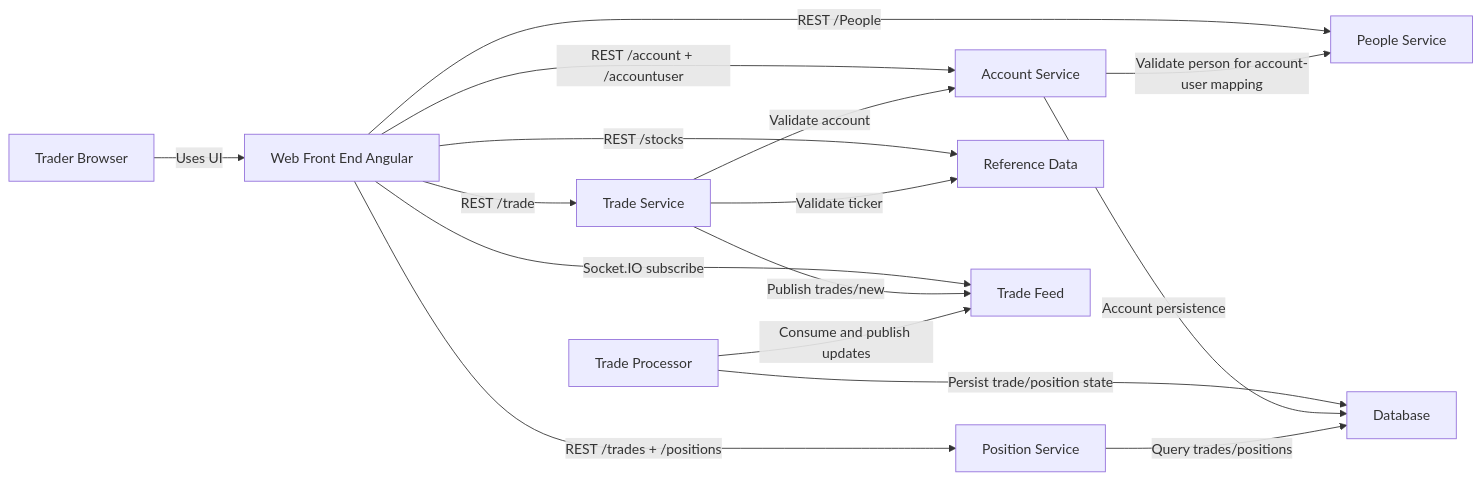
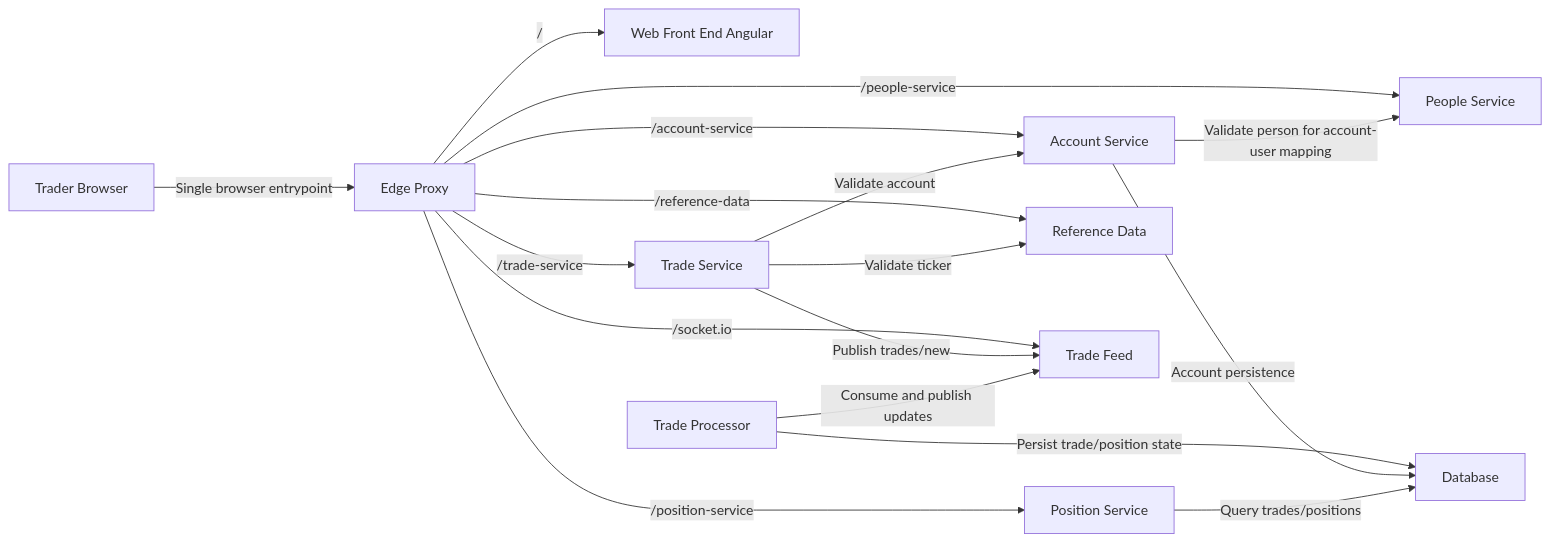
One commit to finos/traderX changed the diagram in docs/learning/software-architecture.md. Above: the diagram before and after it, drawn with Mermaid. The commit also changed other lines of this file and 22 other files, not shown here.

First line of the commit message:
snapshot: 002-edge-proxy-uncontainerized generated from 68d19a554c7480a615b19c024eb0a88228c6b9ad

````diff
--- a/docs/learning/software-architecture.md
+++ b/docs/learning/software-architecture.md
@@ -40,28 +41,30 @@
 ```mermaid
 flowchart LR
   trader["Trader Browser"]
+  edge["Edge Proxy"]
   web["Web Front End Angular"]
   account["Account Service"]
   position["Position Service"]
   tradeService["Trade Service"]
   referenceData["Reference Data"]
   people["People Service"]
   tradeFeed["Trade Feed"]
   tradeProcessor["Trade Processor"]
   database["Database"]
-  trader -->|"Uses UI"| web
-  web -->|"REST /account + /accountuser"| account
-  web -->|"REST /trades + /positions"| position
-  web -->|"REST /trade"| tradeService
-  web -->|"REST /stocks"| referenceData
-  web -->|"REST /People"| people
-  web -->|"Socket.IO subscribe"| tradeFeed
+  trader -->|"Single browser entrypoint"| edge
+  edge -->|"/"| web
+  edge -->|"/account-service"| account
+  edge -->|"/position-service"| position
+  edge -->|"/trade-service"| tradeService
+  edge -->|"/reference-data"| referenceData
+  edge -->|"/people-service"| people
+  edge -->|"/socket.io"| tradeFeed
   tradeService -->|"Validate account"| account
   tradeService -->|"Validate ticker"| referenceData
   tradeService -->|"Publish trades/new"| tradeFeed
   tradeProcessor -->|"Consume and publish updates"| tradeFeed
   tradeProcessor -->|"Persist trade/position state"| database
   account -->|"Validate person for account-user mapping"| people
   account -->|"Account persistence"| database
   position -->|"Query trades/positions"| database
 ```
````
